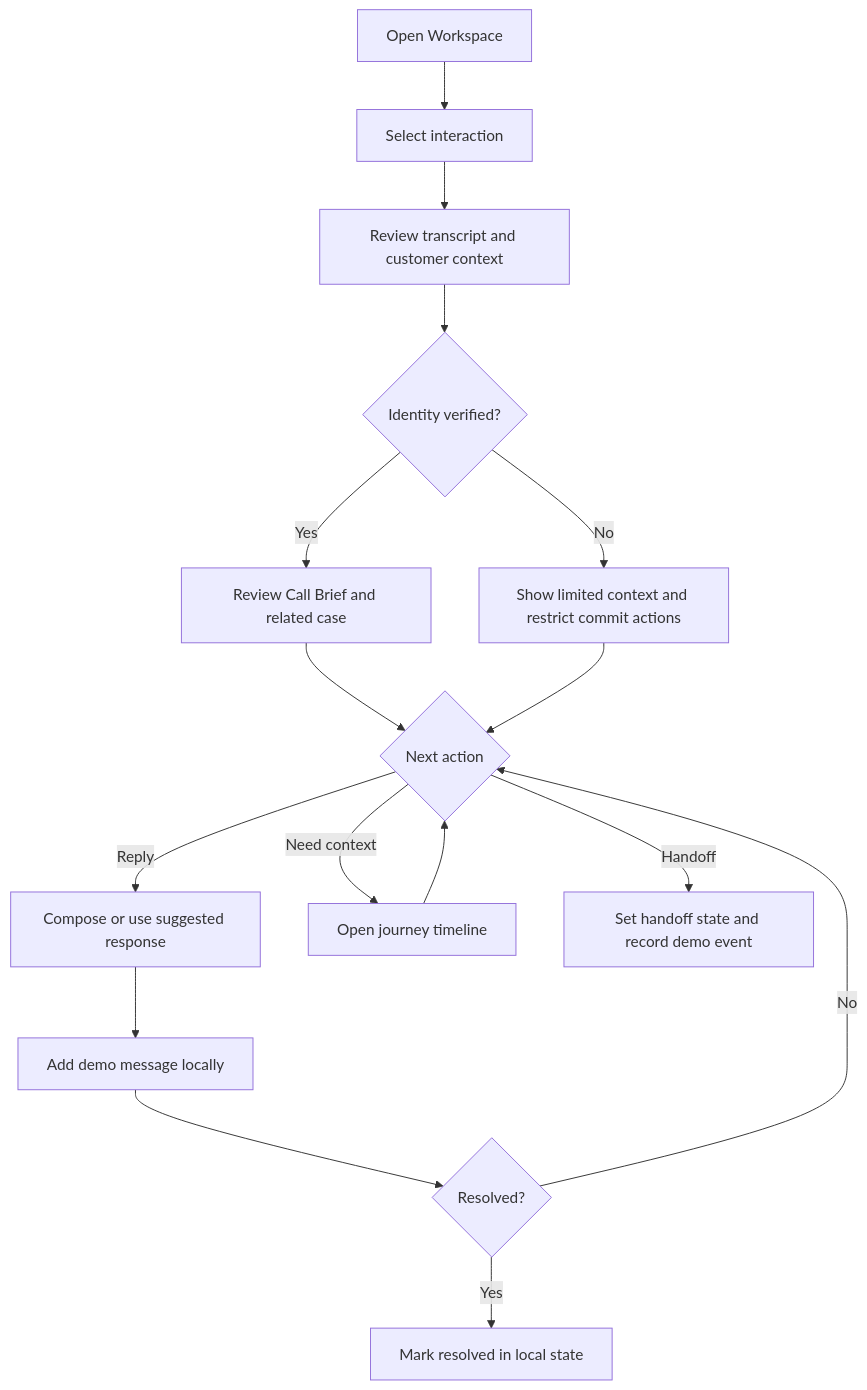
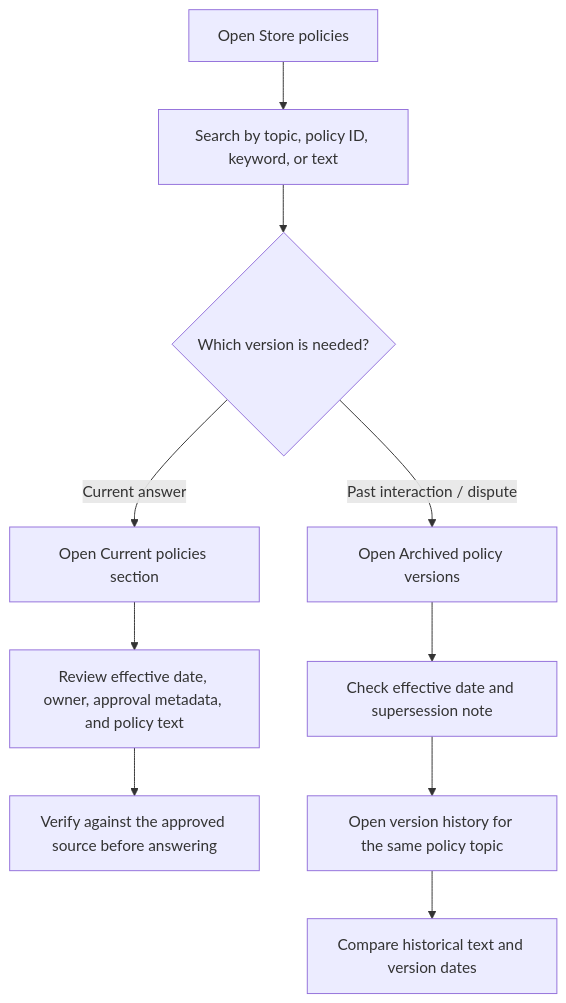
Before and after one commit to tuannvhust/SC2026: the first of 3 diagrams in mock_ui/docs/ui-user-flows.md, drawn with Mermaid. The commit also changed other lines of this file and 4 other files, not shown here.

````diff
--- a/mock_ui/docs/ui-user-flows.md
+++ b/mock_ui/docs/ui-user-flows.md
@@ -5,18 +5,12 @@
 ```mermaid
 flowchart TD
-    A[Open Workspace] --> B[Select interaction]
-    B --> C[Review transcript and customer context]
-    C --> D{Identity verified?}
-    D -- Yes --> E[Review Call Brief and related case]
-    D -- No --> F[Show limited context and restrict commit actions]
-    E --> G{Next action}
-    F --> G
-    G -- Reply --> H[Compose or use suggested response]
-    H --> I[Add demo message locally]
-    I --> J{Resolved?}
-    J -- No --> G
-    J -- Yes --> K[Mark resolved in local state]
-    G -- Need context --> L[Open journey timeline]
-    L --> G
-    G -- Handoff --> M[Set handoff state and record demo event]
+  A[Open Store policies] --> B[Search by topic, policy ID, keyword, or text]
+  B --> C{Which version is needed?}
+  C -->|Current answer| D[Open Current policies section]
+  D --> E[Review effective date, owner, approval metadata, and policy text]
+  E --> F[Verify against the approved source before answering]
+  C -->|Past interaction / dispute| G[Open Archived policy versions]
+  G --> H[Check effective date and supersession note]
+  H --> I[Open version history for the same policy topic]
+  I --> J[Compare historical text and version dates]
 ```
````
